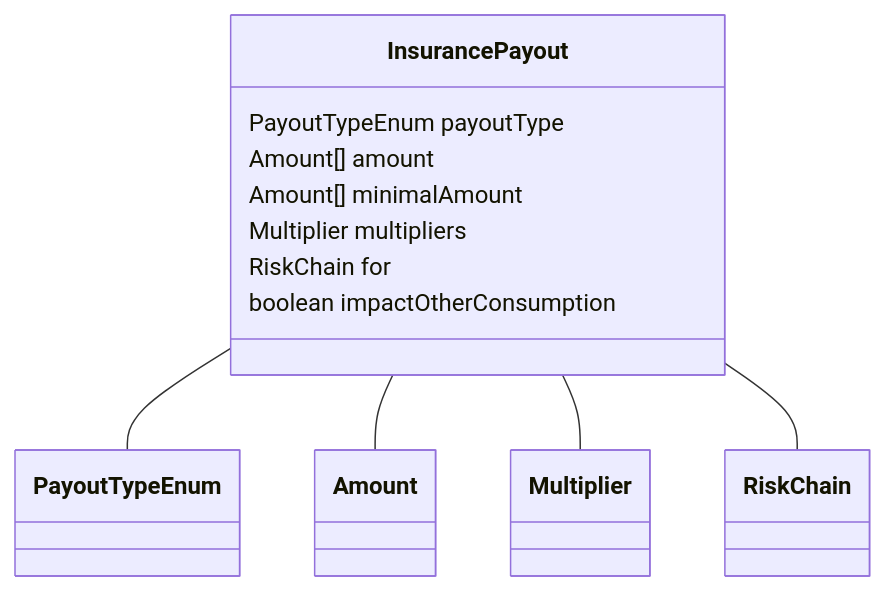
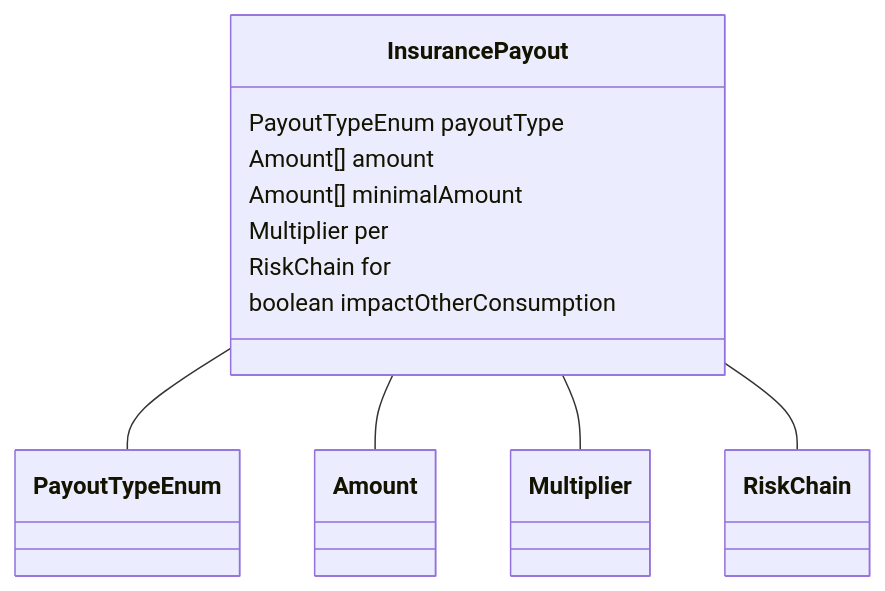
Before and after one commit to codexstanford/Insurance-Payout-Ontology: the diagram in datamodel-build/mermaid/InsurancePayout.mmd, drawn with Mermaid. The commit also changed 3695 other files, not shown here.

Commit message:
simpliofying model temporarly, moving schema description to another folder

```diff
--- a/datamodel-build/mermaid/InsurancePayout.mmd
+++ b/datamodel-build/mermaid/InsurancePayout.mmd
@@ -1,17 +1,17 @@
 classDiagram
   InsurancePayout -- PayoutTypeEnum
   InsurancePayout -- Amount
   InsurancePayout -- Multiplier
   InsurancePayout -- RiskChain
 
 
 class InsurancePayout {
 
   PayoutTypeEnum payoutType
   Amount[] amount
   Amount[] minimalAmount
-  Multiplier multipliers
+  Multiplier per
   RiskChain for
   boolean impactOtherConsumption
 
  }
```
